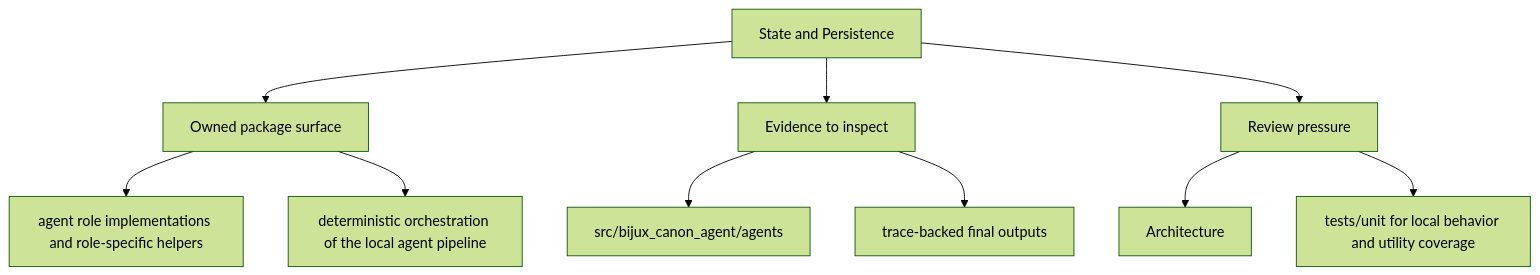
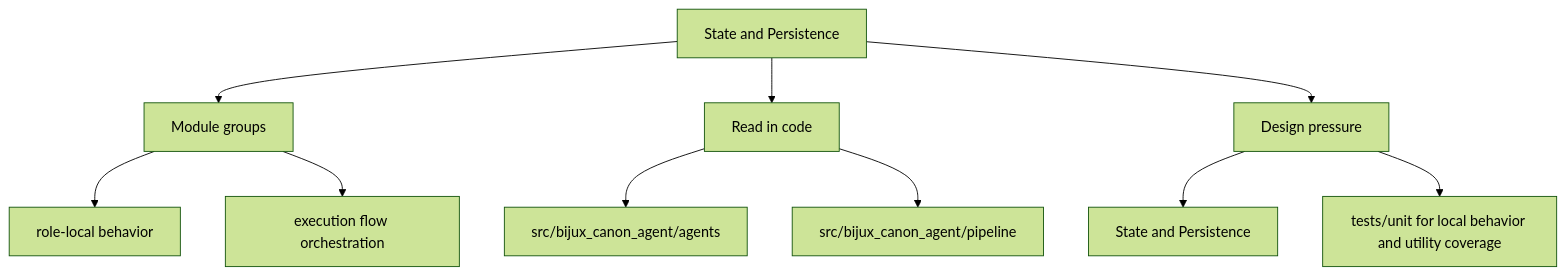
One commit to bijux/bijux-canon changed the second of 2 diagrams in docs/bijux-canon-agent/architecture/state-and-persistence.md. Above: the diagram before and after it, drawn with Mermaid (forest theme). The commit also changed other lines of this file and 250 other files, not shown here.

Commit message:
docs(diagrams): make product page maps more readable

````diff
--- a/docs/bijux-canon-agent/architecture/state-and-persistence.md
+++ b/docs/bijux-canon-agent/architecture/state-and-persistence.md
@@ -35,22 +35,22 @@
 ```mermaid
 flowchart TD
     page["State and Persistence"]
-    focus1["Owned package surface"]
+    focus1["Module groups"]
     page --> focus1
-    focus1_1["agent role implementations and role-specific helpers"]
+    focus1_1["role-local behavior"]
     focus1 --> focus1_1
-    focus1_2["deterministic orchestration of the local agent pipeline"]
+    focus1_2["execution flow orchestration"]
     focus1 --> focus1_2
-    focus2["Evidence to inspect"]
+    focus2["Read in code"]
     page --> focus2
     focus2_1["src/bijux_canon_agent/agents"]
     focus2 --> focus2_1
-    focus2_2["trace-backed final outputs"]
+    focus2_2["src/bijux_canon_agent/pipeline"]
     focus2 --> focus2_2
-    focus3["Review pressure"]
+    focus3["Design pressure"]
     page --> focus3
-    focus3_1["Architecture"]
+    focus3_1["State and Persistence"]
     focus3 --> focus3_1
     focus3_2["tests/unit for local behavior and utility coverage"]
     focus3 --> focus3_2
 ```
````
